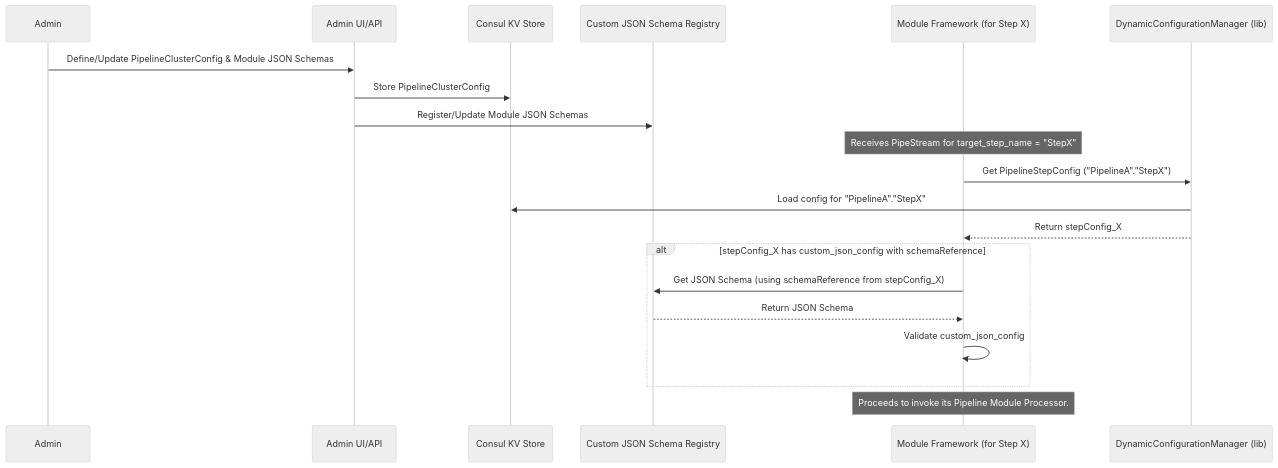
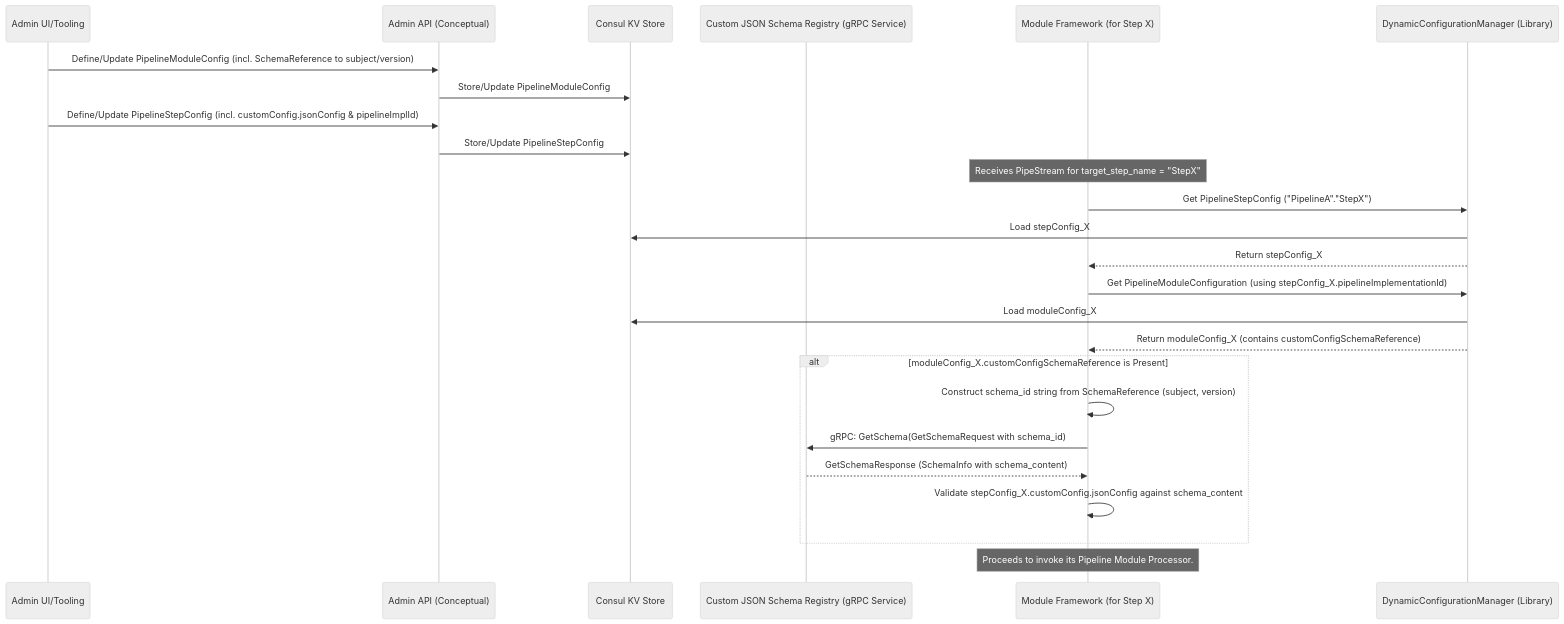
Before and after one commit to krickert/micronaut-multiproject-example: the third of 5 diagrams in docs/architecture_overview.md, drawn with Mermaid (neutral theme). The commit also changed other lines of this file and 1 other file, not shown here.

`````diff
--- a/docs/architecture_overview.md
+++ b/docs/architecture_overview.md
@@ -147,25 +288,30 @@
 ```mermaid
 sequenceDiagram
-    participant Admin
-    participant AdminAPI_UI as Admin UI/API
-    participant Consul_KV as Consul KV Store
-    participant CustomJsonSR as Custom JSON Schema Registry
-    participant ModuleStepX_Framework as Module Framework (for Step X)
-    participant DCM as DynamicConfigurationManager (lib)
+    participant AdminUI as Admin UI/Tooling
+    participant AdminAPI as Admin API (Conceptual)
+    participant ConsulKV as Consul KV Store
+    participant CustomJsonSR as Custom JSON Schema Registry (gRPC Service)
+    participant MF_StepX as Module Framework (for Step X)
+    participant DCM as DynamicConfigurationManager (Library)
 
-    Admin->>AdminAPI_UI: Define/Update PipelineClusterConfig & Module JSON Schemas
-    AdminAPI_UI->>Consul_KV: Store PipelineClusterConfig
-    AdminAPI_UI->>CustomJsonSR: Register/Update Module JSON Schemas
+    AdminUI->>AdminAPI: Define/Update PipelineModuleConfig (incl. SchemaReference to subject/version)
+    AdminAPI->>ConsulKV: Store/Update PipelineModuleConfig
+    AdminUI->>AdminAPI: Define/Update PipelineStepConfig (incl. customConfig.jsonConfig & pipelineImplId)
+    AdminAPI->>ConsulKV: Store/Update PipelineStepConfig
 
-    Note over ModuleStepX_Framework: Receives PipeStream for target_step_name = "StepX"
-    ModuleStepX_Framework->>DCM: Get PipelineStepConfig ("PipelineA"."StepX")
-    DCM->>Consul_KV: Load config for "PipelineA"."StepX"
-    DCM-->>ModuleStepX_Framework: Return stepConfig_X
+    Note over MF_StepX: Receives PipeStream for target_step_name = "StepX"
+    MF_StepX->>DCM: Get PipelineStepConfig ("PipelineA"."StepX")
+    DCM->>ConsulKV: Load stepConfig_X
+    DCM-->>MF_StepX: Return stepConfig_X
+    MF_StepX->>DCM: Get PipelineModuleConfiguration (using stepConfig_X.pipelineImplementationId)
+    DCM->>ConsulKV: Load moduleConfig_X
+    DCM-->>MF_StepX: Return moduleConfig_X (contains customConfigSchemaReference)
     
-    alt stepConfig_X has custom_json_config with schemaReference
-        ModuleStepX_Framework->>CustomJsonSR: Get JSON Schema (using schemaReference from stepConfig_X)
-        CustomJsonSR-->>ModuleStepX_Framework: Return JSON Schema
-        ModuleStepX_Framework->>ModuleStepX_Framework: Validate custom_json_config
+    alt moduleConfig_X.customConfigSchemaReference is Present
+        MF_StepX->>MF_StepX: Construct schema_id string from SchemaReference (subject, version)
+        MF_StepX->>CustomJsonSR: gRPC: GetSchema(GetSchemaRequest with schema_id)
+        CustomJsonSR-->>MF_StepX: GetSchemaResponse (SchemaInfo with schema_content)
+        MF_StepX->>MF_StepX: Validate stepConfig_X.customConfig.jsonConfig against schema_content
     end
-    Note over ModuleStepX_Framework: Proceeds to invoke its Pipeline Module Processor.
-````
+    Note over MF_StepX: Proceeds to invoke its Pipeline Module Processor.
+```
`````
